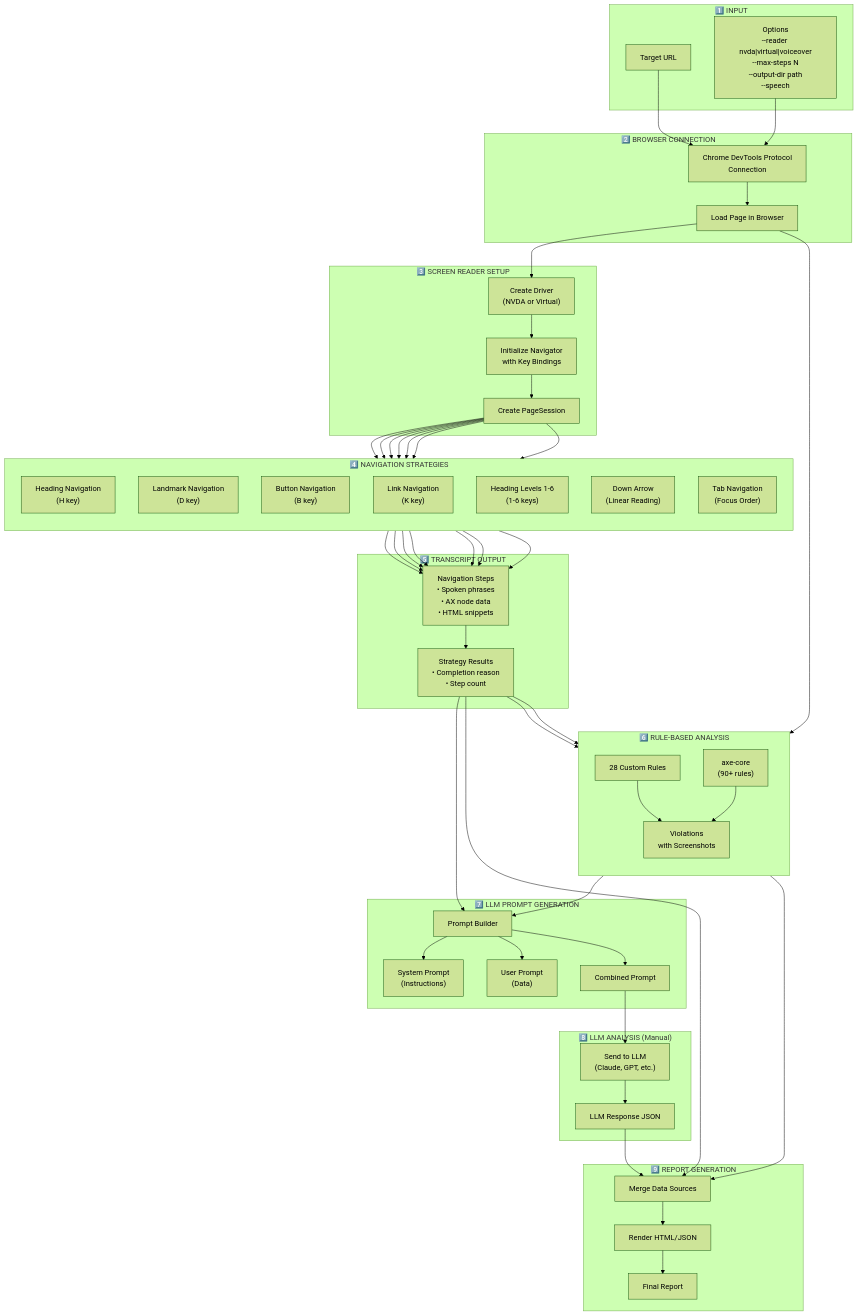
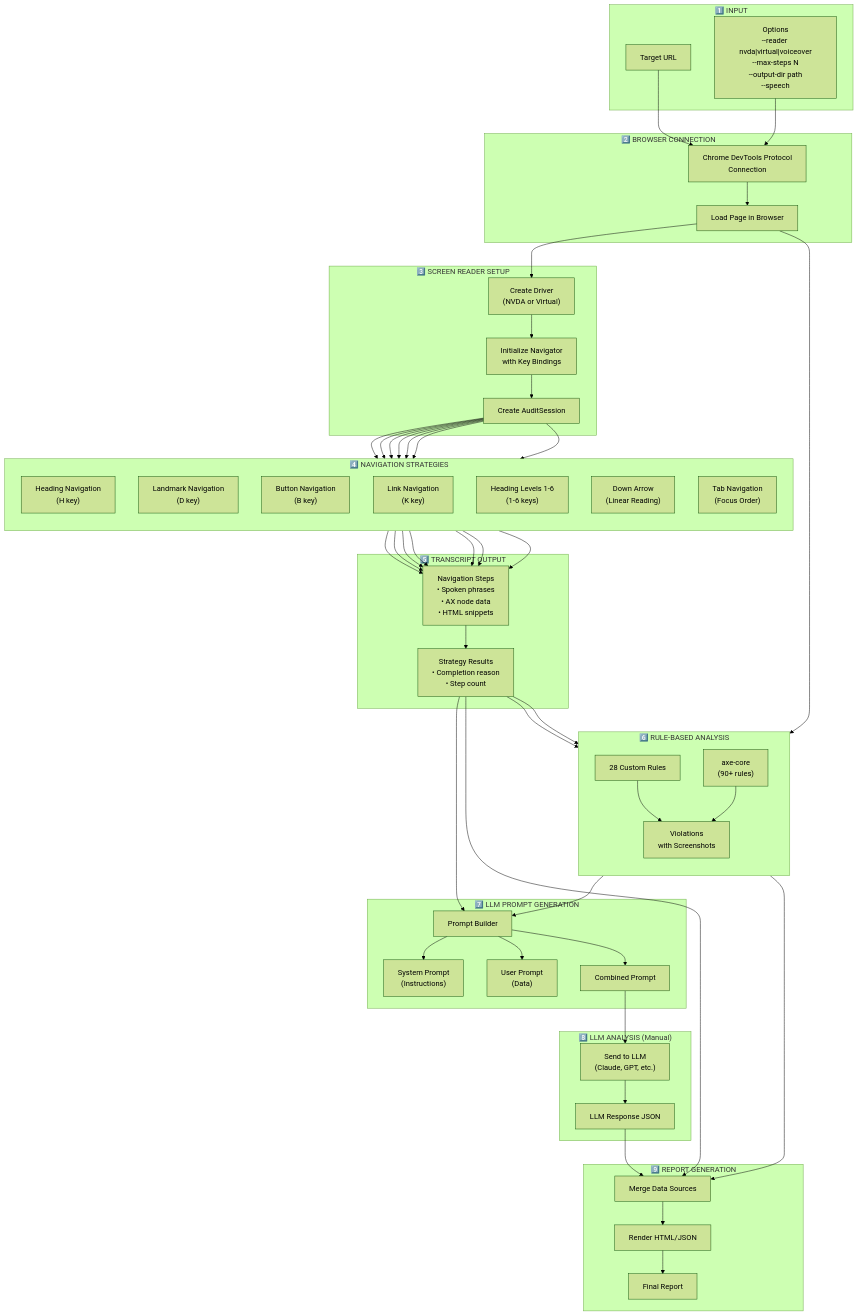
Before and after one commit to Chitova263/accessibility-audit: the second of 12 diagrams in WIKI.md, drawn with Mermaid (forest theme). The commit also changed other lines of this file and 124 other files, not shown here.

```diff
--- a/WIKI.md
+++ b/WIKI.md
@@ -30,7 +30,7 @@
     subgraph SCREENREADER["3️⃣ SCREEN READER SETUP"]
         DRIVER["Create Driver<br/>(NVDA or Virtual)"]
         NAVIGATOR["Initialize Navigator<br/>with Key Bindings"]
-        SESSION["Create PageSession"]
+        SESSION["Create AuditSession"]
     end
 
     subgraph NAVIGATION["4️⃣ NAVIGATION STRATEGIES"]
```
